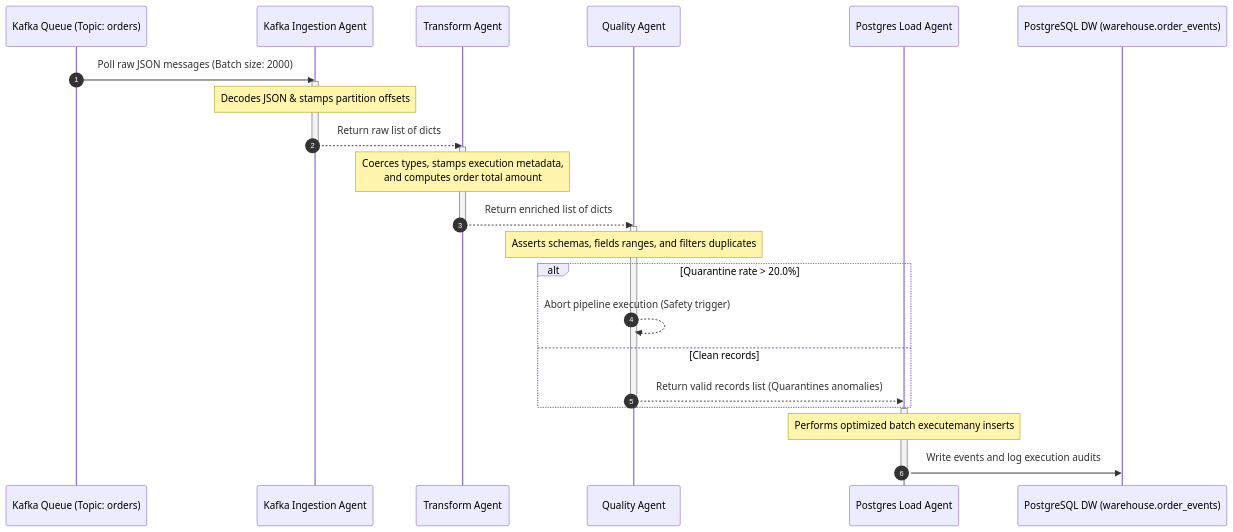
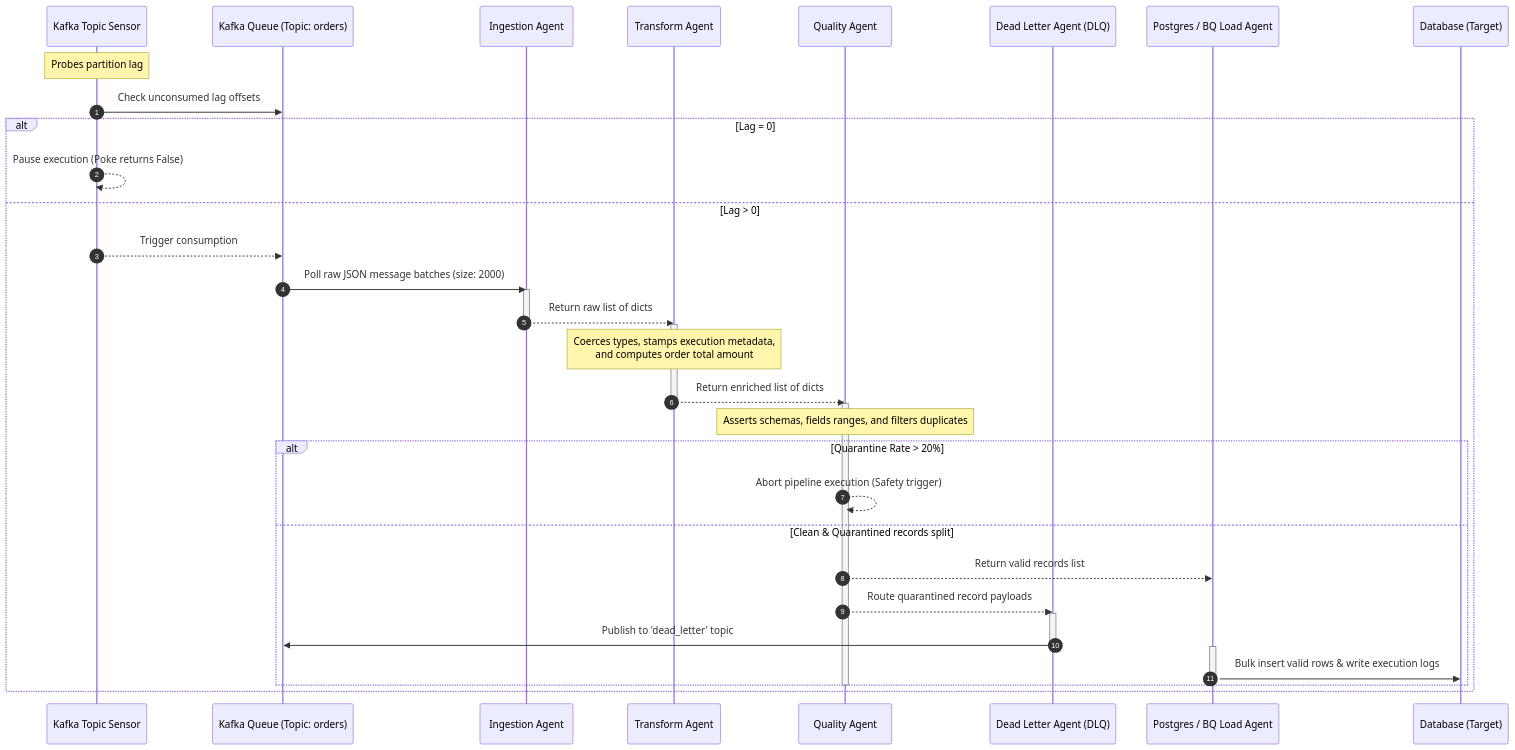
One commit to VamsiReddy17/multi-agent-etl-console changed the diagram in README.md. Above: the diagram before and after it, drawn with Mermaid. The commit also changed other lines of this file, not shown here.

Commit message:
docs: update README.md with comprehensive end-to-end architecture and port mapping index

````diff
--- a/README.md
+++ b/README.md
@@ -25,35 +61,45 @@
 ```mermaid
 sequenceDiagram
     autonumber
+    participant Sensor as Kafka Topic Sensor
     participant Topic as Kafka Queue (Topic: orders)
-    participant Ingest as Kafka Ingestion Agent
+    participant Ingest as Ingestion Agent
     participant Transform as Transform Agent
     participant Quality as Quality Agent
-    participant Load as Postgres Load Agent
-    participant DB as PostgreSQL DW (warehouse.order_events)
+    participant DLQ as Dead Letter Agent (DLQ)
+    participant Load as Postgres / BQ Load Agent
+    participant DB as Database (Target)
 
-    Topic->>Ingest: Poll raw JSON messages (Batch size: 2000)
-    activate Ingest
-    Note over Ingest: Decodes JSON & stamps partition offsets
-    Ingest-->>Transform: Return raw list of dicts
-    deactivate Ingest
+    Note over Sensor: Probes partition lag
+    Sensor->>Topic: Check unconsumed lag offsets
+    alt Lag = 0
+        Sensor-->>Sensor: Pause execution (Poke returns False)
+    else Lag > 0
+        Sensor-->>Topic: Trigger consumption
+        Topic->>Ingest: Poll raw JSON message batches (size: 2000)
+        activate Ingest
+        Ingest-->>Transform: Return raw list of dicts
+        deactivate Ingest
 
-    activate Transform
-    Note over Transform: Coerces types, stamps execution metadata,<br/>and computes order total amount
-    Transform-->>Quality: Return enriched list of dicts
-    deactivate Transform
+        activate Transform
+        Note over Transform: Coerces types, stamps execution metadata,<br/>and computes order total amount
+        Transform-->>Quality: Return enriched list of dicts
+        deactivate Transform
 
-    activate Quality
-    Note over Quality: Asserts schemas, fields ranges, and filters duplicates
-    alt Quarantine rate > 20.0%
-        Quality-->>Quality: Abort pipeline execution (Safety trigger)
-    else Clean records
-        Quality-->>Load: Return valid records list (Quarantines anomalies)
+        activate Quality
+        Note over Quality: Asserts schemas, fields ranges, and filters duplicates
+        alt Quarantine Rate > 20%
+            Quality-->>Quality: Abort pipeline execution (Safety trigger)
+        else Clean & Quarantined records split
+            Quality-->>Load: Return valid records list
+            Quality-->>DLQ: Route quarantined record payloads
+            activate DLQ
+            DLQ->>Topic: Publish to 'dead_letter' topic
+            deactivate DLQ
+            activate Load
+            Load->>DB: Bulk insert valid rows & write execution logs
+            deactivate Load
+        end
+        deactivate Quality
     end
-    deactivate Quality
-
-    activate Load
-    Note over Load: Performs optimized batch executemany inserts
-    Load->>DB: Write events and log execution audits
-    deactivate Load
 ```
````
